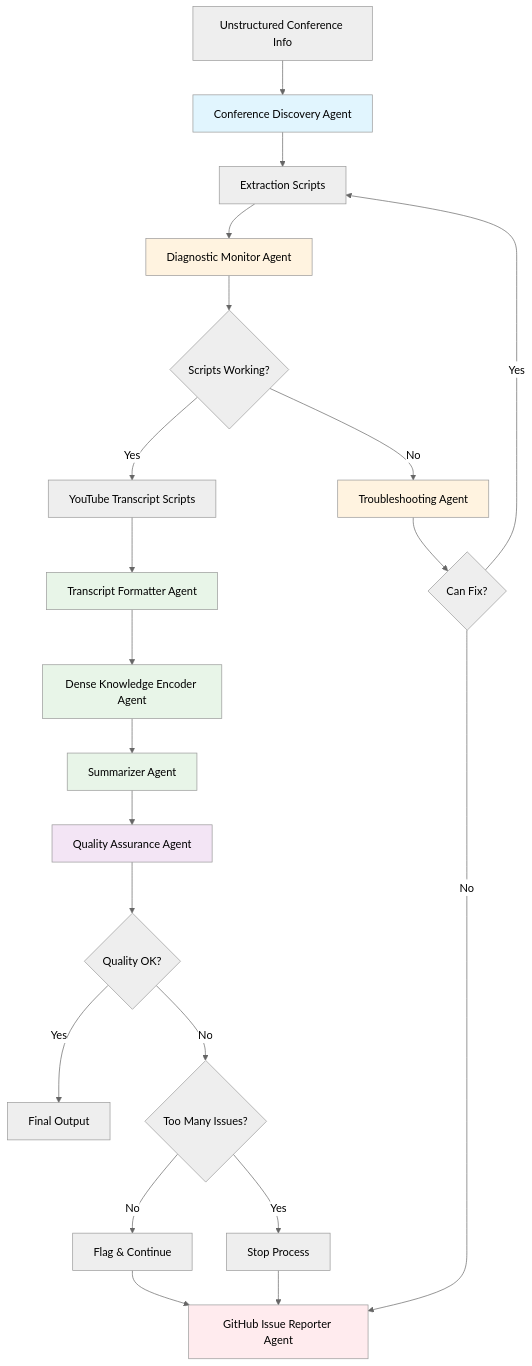
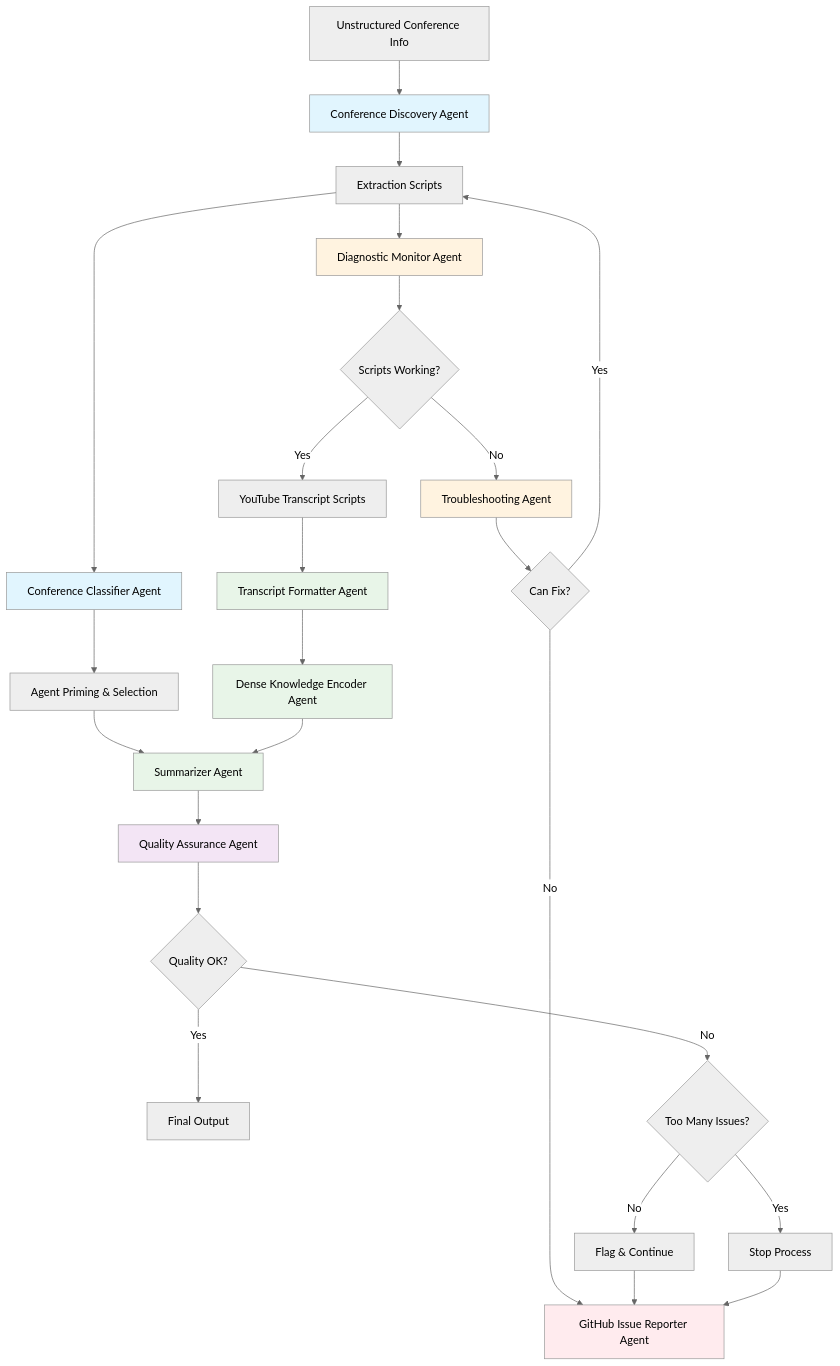
Before and after one commit to lago-morph/conference-summaries: the first of 6 diagrams in specs/conference-extractor/requirements.md, drawn with Mermaid (neutral theme). The commit also changed other lines of this file, not shown here.

First line of the commit message:
Finalize requirements organization and fix agent architecture

````diff
--- a/specs/conference-extractor/requirements.md
+++ b/specs/conference-extractor/requirements.md
@@ -9,32 +9,36 @@
 ```mermaid
 graph TD
     A[Unstructured Conference Info] --> B[Conference Discovery Agent]
     B --> C[Extraction Scripts]
     C --> D[Diagnostic Monitor Agent]
+    C --> CC[Conference Classifier Agent]
     D --> E{Scripts Working?}
     E -->|Yes| F[YouTube Transcript Scripts]
     E -->|No| G[Troubleshooting Agent]
     G --> H{Can Fix?}
     H -->|Yes| C
     H -->|No| I[GitHub Issue Reporter Agent]
     F --> J[Transcript Formatter Agent]
-    J --> K[Dense Knowledge Encoder Agent]
-    K --> L[Summarizer Agent]
-    L --> M[Quality Assurance Agent]
-    M --> N{Quality OK?}
-    N -->|Yes| O[Final Output]
-    N -->|No| P{Too Many Issues?}
-    P -->|No| Q[Flag & Continue]
-    P -->|Yes| R[Stop Process]
-    Q --> I
+    CC --> K[Agent Priming & Selection]
+    J --> L[Dense Knowledge Encoder Agent]
+    K --> M[Summarizer Agent]
+    L --> M
+    M --> N[Quality Assurance Agent]
+    N --> O{Quality OK?}
+    O -->|Yes| P[Final Output]
+    O -->|No| Q{Too Many Issues?}
+    Q -->|No| R[Flag & Continue]
+    Q -->|Yes| S[Stop Process]
     R --> I
+    S --> I
     
     style B fill:#e1f5fe
     style D fill:#fff3e0
+    style CC fill:#e1f5fe
     style G fill:#fff3e0
     style I fill:#ffebee
     style J fill:#e8f5e8
-    style K fill:#e8f5e8
     style L fill:#e8f5e8
-    style M fill:#f3e5f5
+    style M fill:#e8f5e8
+    style N fill:#f3e5f5
 ```
````
